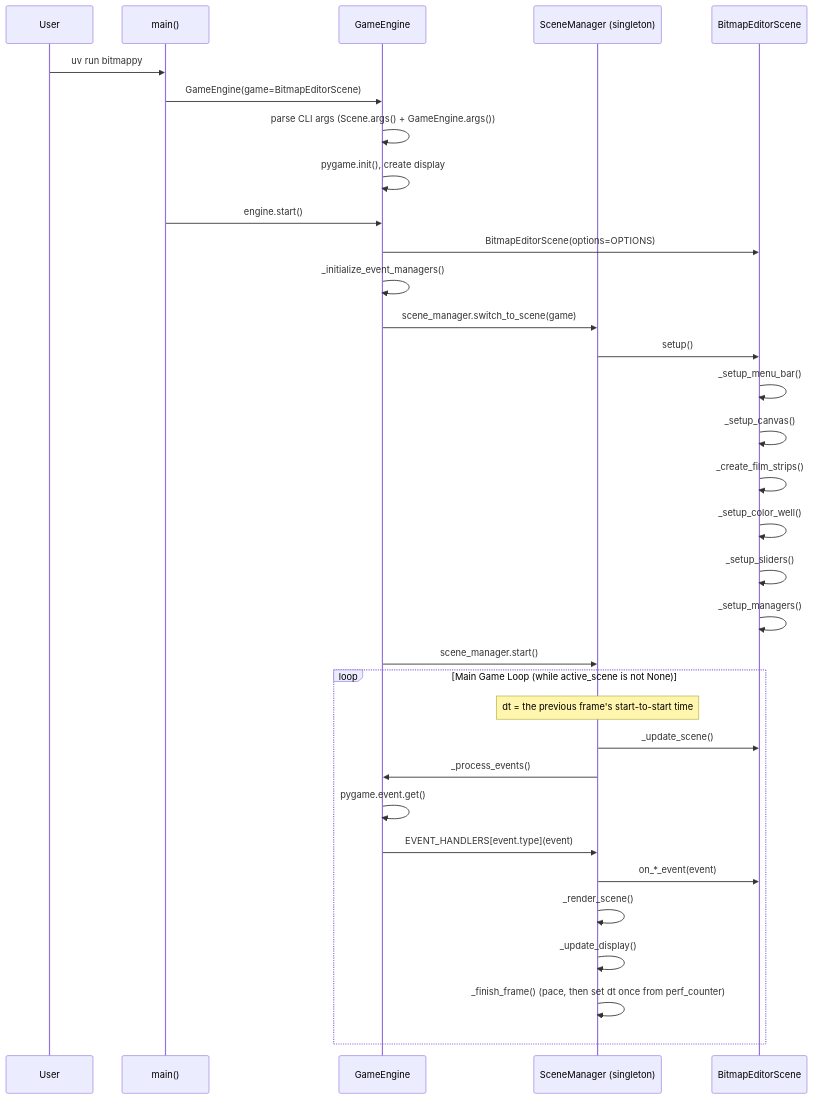
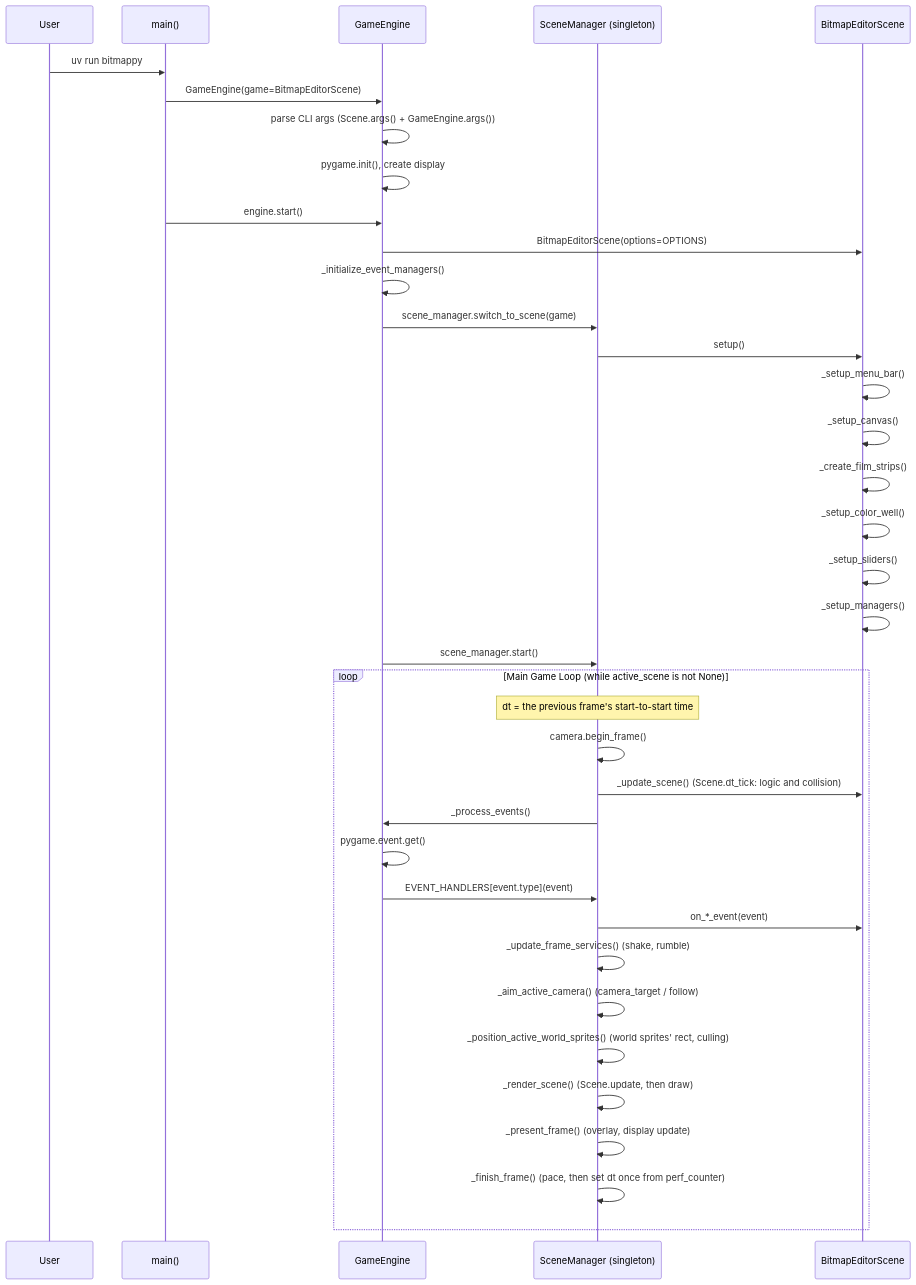
The first of 8 diagrams in BITMAPPY_ARCHITECTURE.md (terrysimons/glitchygames), drawn with Mermaid before and after one commit. The commit also changed 24 other files, not shown here.

````diff
--- a/BITMAPPY_ARCHITECTURE.md
+++ b/BITMAPPY_ARCHITECTURE.md
@@ -7,37 +7,41 @@
 ```mermaid
 sequenceDiagram
     participant User
     participant main as main()
     participant GE as GameEngine
     participant SM as SceneManager (singleton)
     participant BES as BitmapEditorScene
 
     User->>main: uv run bitmappy
     main->>GE: GameEngine(game=BitmapEditorScene)
     GE->>GE: parse CLI args (Scene.args() + GameEngine.args())
     GE->>GE: pygame.init(), create display
     main->>GE: engine.start()
     GE->>BES: BitmapEditorScene(options=OPTIONS)
     GE->>GE: _initialize_event_managers()
     GE->>SM: scene_manager.switch_to_scene(game)
     SM->>BES: setup()
     BES->>BES: _setup_menu_bar()
     BES->>BES: _setup_canvas()
     BES->>BES: _create_film_strips()
     BES->>BES: _setup_color_well()
     BES->>BES: _setup_sliders()
     BES->>BES: _setup_managers()
     GE->>SM: scene_manager.start()
 
     loop Main Game Loop (while active_scene is not None)
         Note over SM: dt = the previous frame's start-to-start time
-        SM->>BES: _update_scene()
+        SM->>SM: camera.begin_frame()
+        SM->>BES: _update_scene() (Scene.dt_tick: logic and collision)
         SM->>GE: _process_events()
         GE->>GE: pygame.event.get()
         GE->>SM: EVENT_HANDLERS[event.type](event)
         SM->>BES: on_*_event(event)
-        SM->>SM: _render_scene()
-        SM->>SM: _update_display()
+        SM->>SM: _update_frame_services() (shake, rumble)
+        SM->>SM: _aim_active_camera() (camera_target / follow)
+        SM->>SM: _position_active_world_sprites() (world sprites' rect, culling)
+        SM->>SM: _render_scene() (Scene.update, then draw)
+        SM->>SM: _present_frame() (overlay, display update)
         SM->>SM: _finish_frame() (pace, then set dt once from perf_counter)
     end
 ```
````
